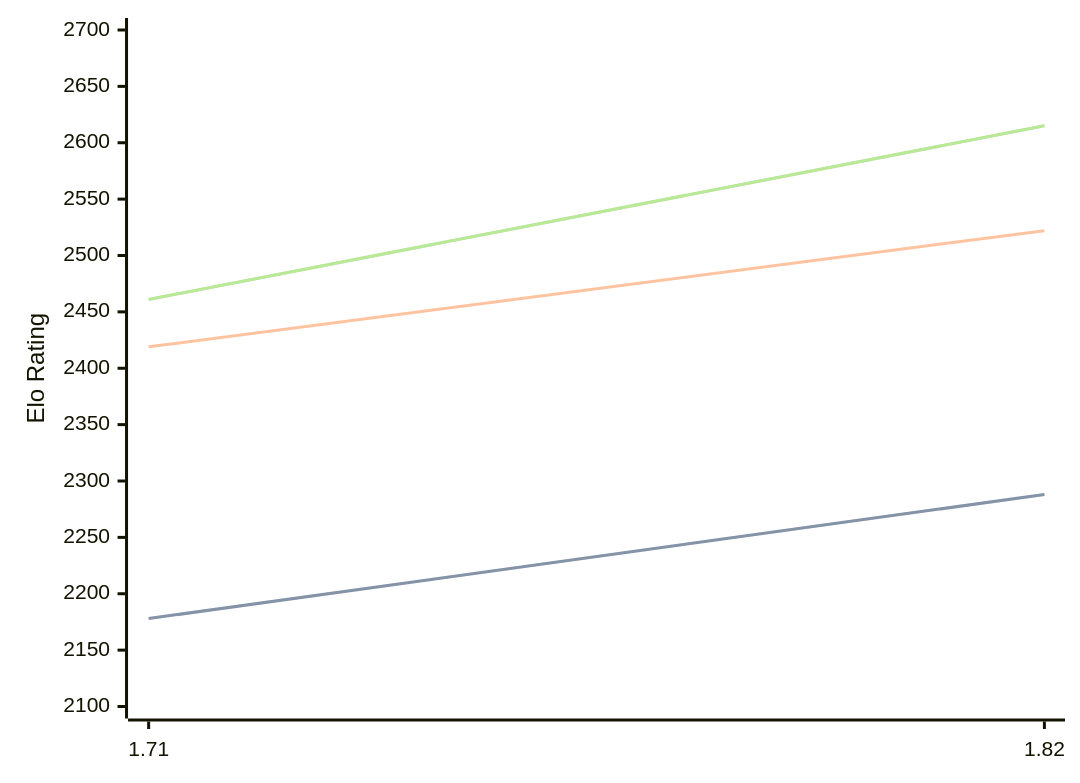
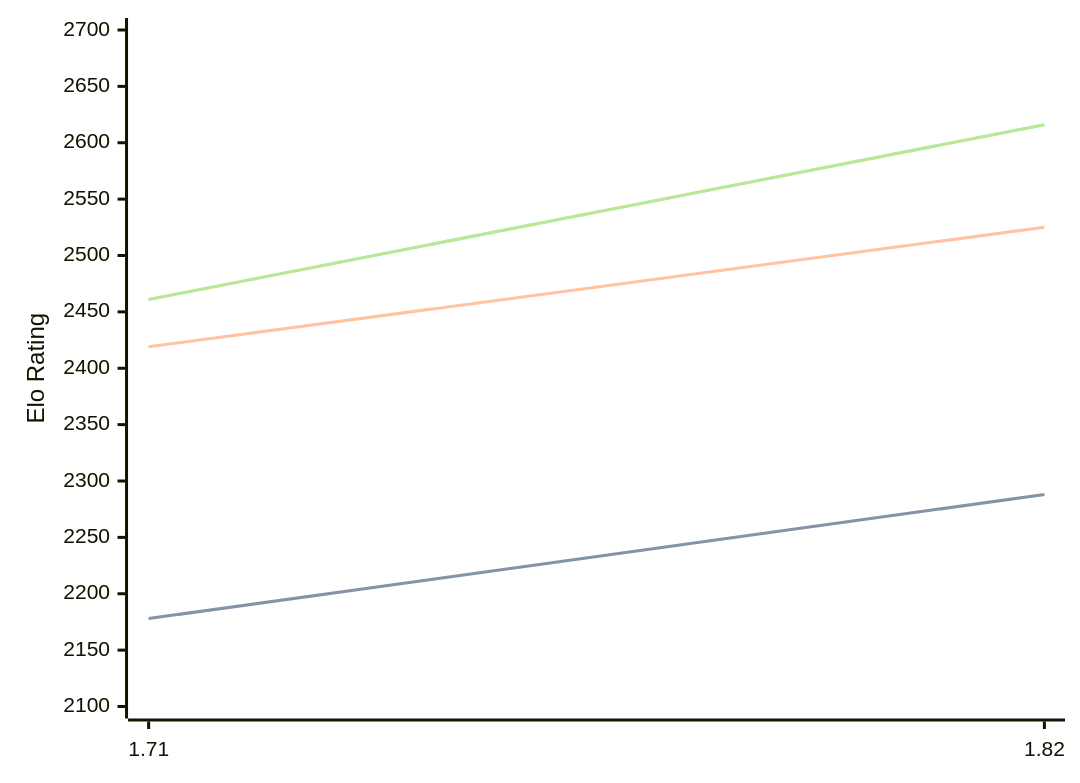
Before and after one commit to computer-chess-index/cci: the third of 3 diagrams in engines/Amira.md, drawn with Mermaid. The commit also changed other lines of this file, not shown here.

Commit message:
Update CCI Ratings (ELO VLTC) - 2026-06-21

````diff
--- a/engines/Amira.md
+++ b/engines/Amira.md
@@ -68,11 +68,11 @@
 ```mermaid
 %%{init: {"theme":"base","themeVariables":{"seriesColors:['#a3a3a3','#222221','#faa371']}}}%%
 xychart-beta
   x-axis ["1.71", "1.82"]
   y-axis "Elo Rating" 2100 --> 2700
   line "STC (8.0+0.08s)" [2178, 2288]
   line "STC (8.0+0.08s)" [2178, 2288]
-  line "LTC (60.0+0.60s)" [2419, 2522]
-  line "VLTC (2m24s+1.12s)" [2461, 2615]
-  line "VLTC (2m24s+1.12s)" [2461, 2615]
+  line "LTC (60.0+0.60s)" [2419, 2525]
+  line "VLTC (2m24s+1.12s)" [2461, 2616]
+  line "VLTC (2m24s+1.12s)" [2461, 2616]
 ```
````
